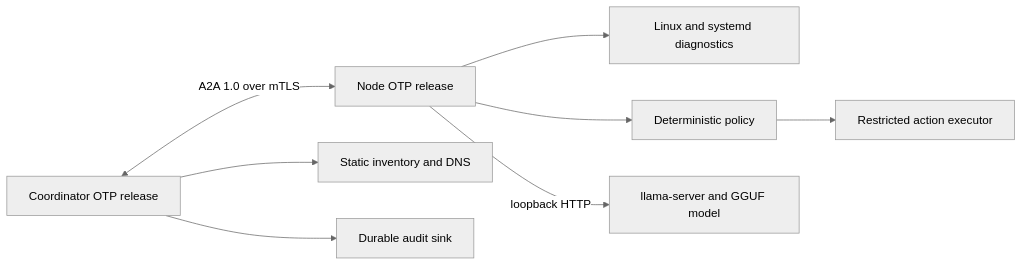
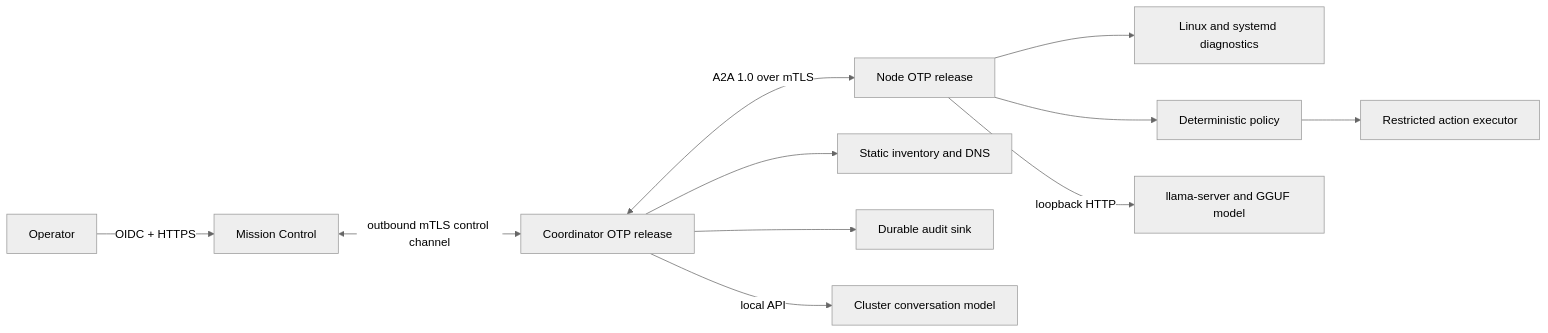
The diagram in plans/exocomp.md (NVShawn/exocomp), drawn with Mermaid (neutral theme) before and after one commit. The commit also changed other lines of this file and 2 other files, not shown here.

Commit message:
docs: add Mission Control roadmap plan

````diff
--- a/plans/exocomp.md
+++ b/plans/exocomp.md
@@ -31,10 +40,13 @@
 ```mermaid
 flowchart LR
-    Coordinator[Coordinator OTP release] <-->|A2A 1.0 over mTLS| Node[Node OTP release]
+    Operator[Operator] -->|OIDC + HTTPS| Mission[Mission Control]
+    Mission <-->|outbound mTLS control channel| Coordinator[Coordinator OTP release]
+    Coordinator <-->|A2A 1.0 over mTLS| Node[Node OTP release]
     Node --> Diagnostics[Linux and systemd diagnostics]
     Node --> Policy[Deterministic policy]
     Policy --> Executor[Restricted action executor]
     Node -->|loopback HTTP| Llama[llama-server and GGUF model]
     Coordinator --> Inventory[Static inventory and DNS]
     Coordinator --> Audit[Durable audit sink]
+    Coordinator -->|local API| ClusterModel[Cluster conversation model]
 ```
````
